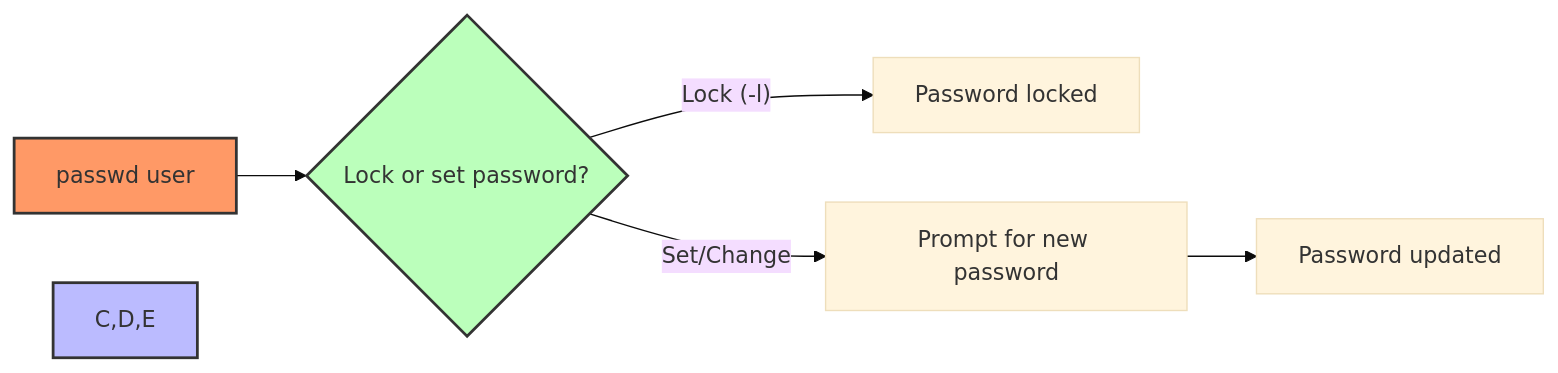
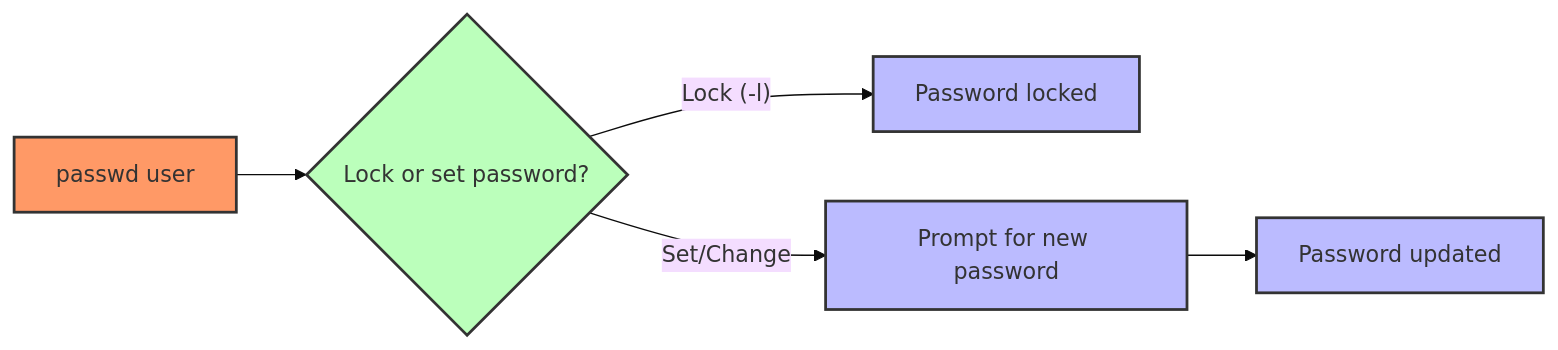
Before and after one commit to StevenJUlbrich/SRE-Training: the fourth of 5 diagrams in Linux Training/version_6/training_material/day 14_15/mermaid_version/day-14_15-training-material.md, drawn with Mermaid (base theme). The commit also changed other lines of this file and 5 other files, not shown here.

````diff
--- a/Linux Training/version_6/training_material/day 14_15/mermaid_version/day-14_15-training-material.md
+++ b/Linux Training/version_6/training_material/day 14_15/mermaid_version/day-14_15-training-material.md
@@ -211,11 +213,13 @@
 ```mermaid
 flowchart LR
     A["passwd user"] --> B{"Lock or set password?"}
     B -->|"Lock (-l)"| C["Password locked"]
     B -->|Set/Change| D["Prompt for new password"]
     D --> E["Password updated"]
     
     style A fill:#f96,stroke:#333,stroke-width:2px
     style B fill:#bfb,stroke:#333,stroke-width:2px
-    style C,D,E fill:#bbf,stroke:#333,stroke-width:2px
+    style C fill:#bbf,stroke:#333,stroke-width:2px
+    style D fill:#bbf,stroke:#333,stroke-width:2px
+    style E fill:#bbf,stroke:#333,stroke-width:2px
 ```
````
